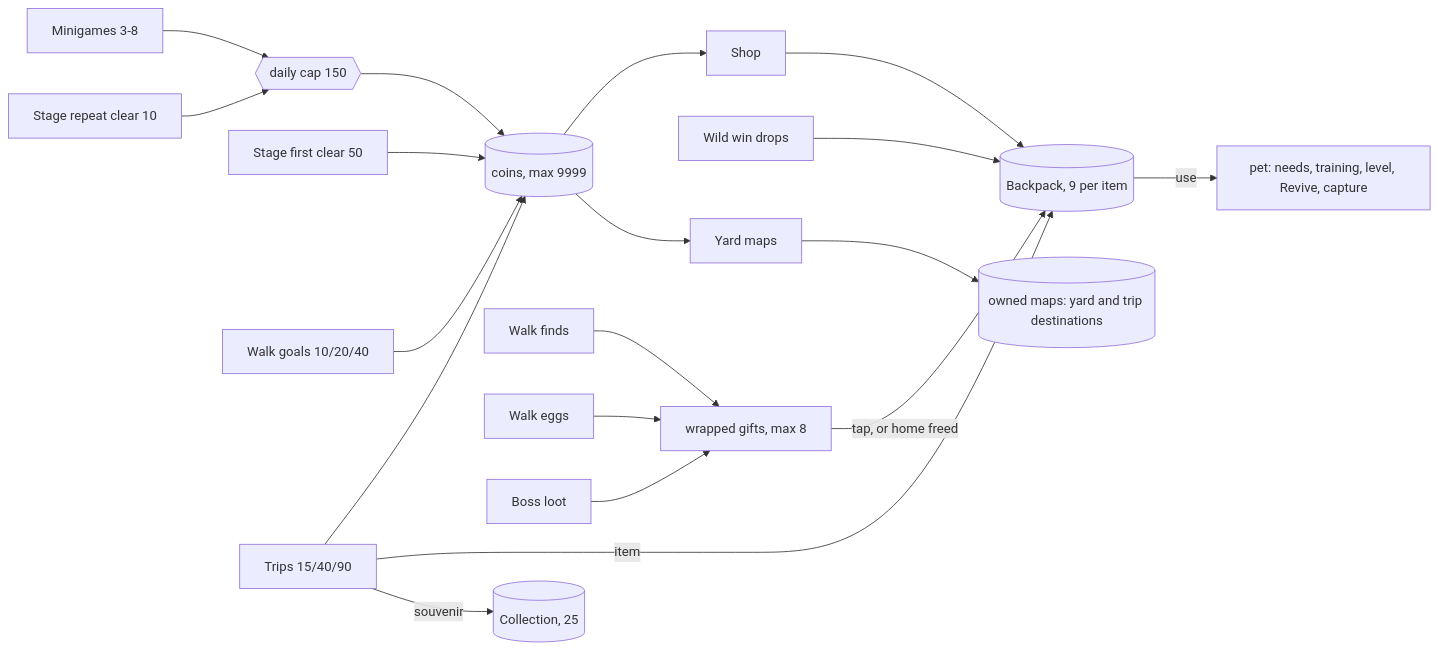
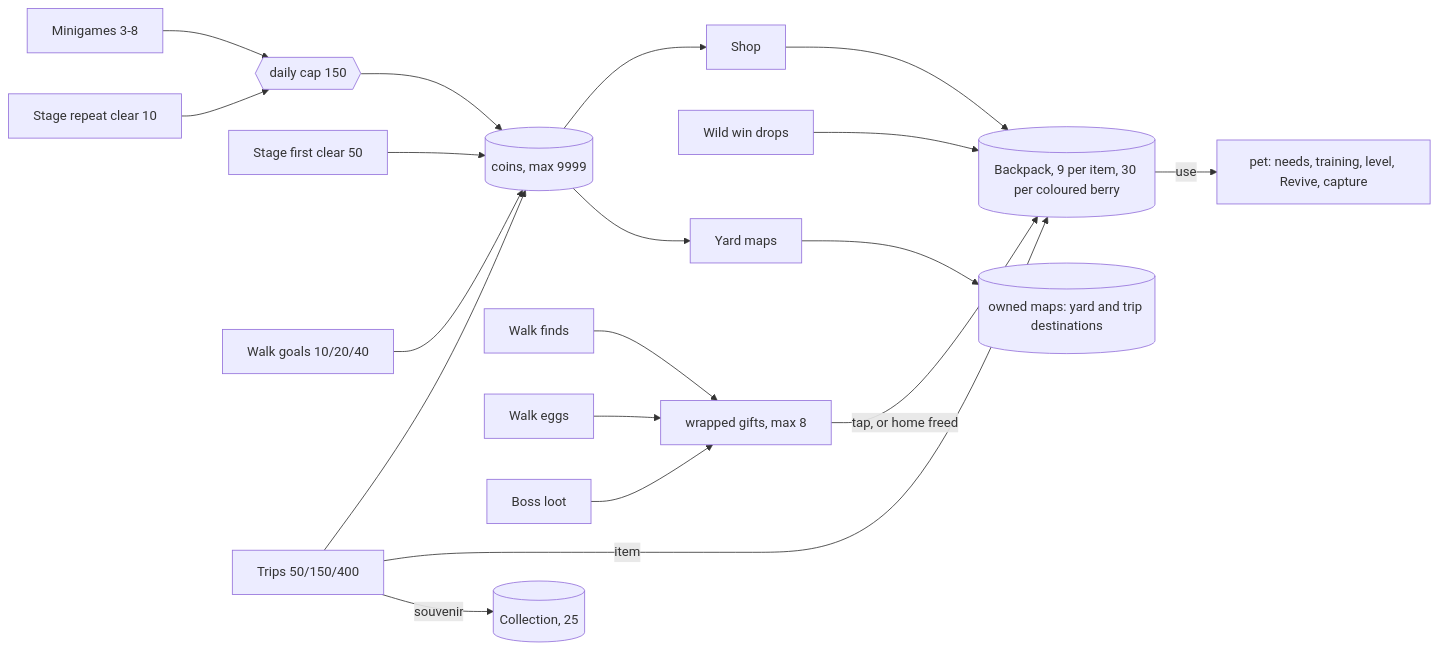
Before and after one commit to Ale-Cuevas/TamaPoke: the ninth of 11 diagrams in docs/GAME_LOGIC.md, drawn with Mermaid. The commit also changed other lines of this file and 4 other files, not shown here.

First line of the commit message:
v3.11: more wild encounters, wake at 9, slower needs, richer trips, need alarm, berry packs

````diff
--- a/docs/GAME_LOGIC.md
+++ b/docs/GAME_LOGIC.md
@@ -901,19 +908,19 @@
 ```mermaid
 flowchart LR
   G["Minigames 3-8"] --> CAP{{"daily cap 150"}}
   SR["Stage repeat clear 10"] --> CAP
   CAP --> COINS[("coins, max 9999")]
   SB["Stage first clear 50"] --> COINS
   WG["Walk goals 10/20/40"] --> COINS
-  TR["Trips 15/40/90"] --> COINS
+  TR["Trips 50/150/400"] --> COINS
   WF["Walk finds"] --> GIFT["wrapped gifts, max 8"]
   WE["Walk eggs"] --> GIFT
   BL["Boss loot"] --> GIFT
-  GIFT -- "tap, or home freed" --> PACK[("Backpack, 9 per item")]
+  GIFT -- "tap, or home freed" --> PACK[("Backpack, 9 per item, 30 per coloured berry")]
   WD["Wild win drops"] --> PACK
   TR -- "item" --> PACK
   TR -- "souvenir" --> COL[("Collection, 25")]
   COINS --> SHOP["Shop"] --> PACK
   COINS --> MAPS["Yard maps"] --> OWN[("owned maps: yard and trip destinations")]
   PACK -- "use" --> PET["pet: needs, training, level, Revive, capture"]
 ```
````
